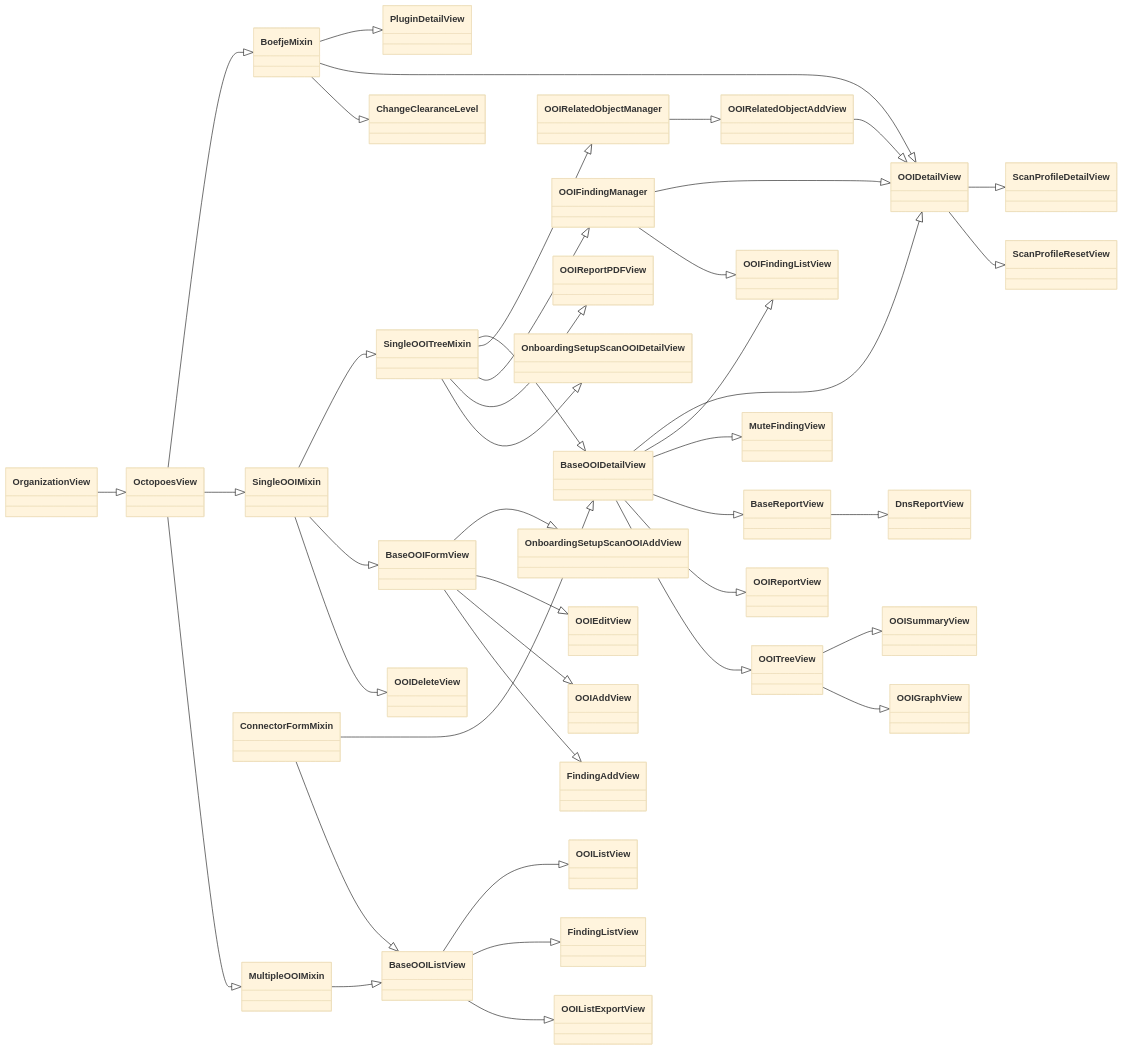
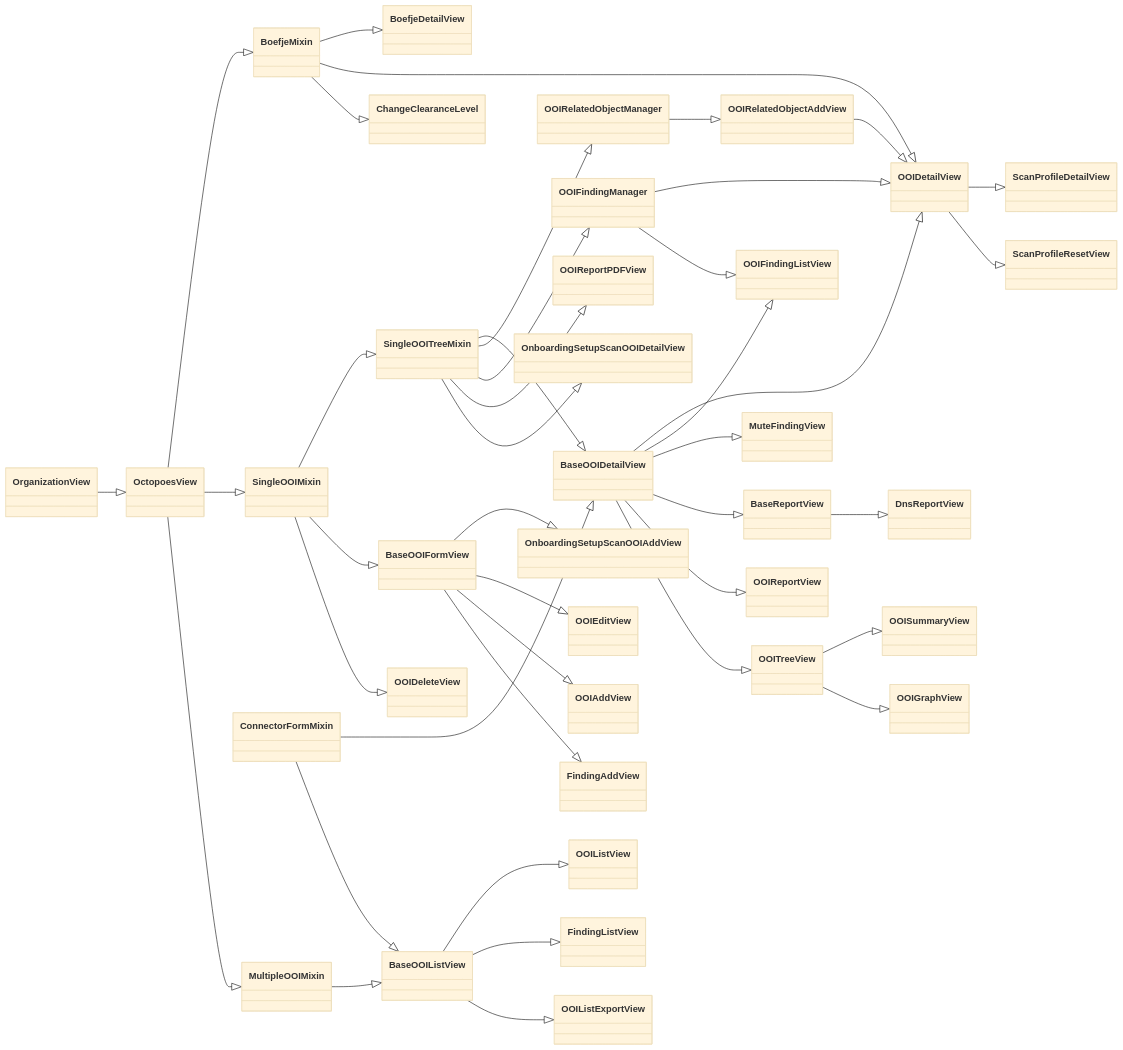
One commit to minvws/nl-kat-coordination changed the third of 4 diagrams in docs/source/developer_documentation/rocky.md. Above: the diagram before and after it, drawn with Mermaid (base theme). The commit also changed other lines of this file and 27 other files, not shown here.

Commit message:
Refactor plugin detail view structures to add normalizer detail view

````diff
--- a/docs/source/developer_documentation/rocky.md
+++ b/docs/source/developer_documentation/rocky.md
@@ -162,58 +162,58 @@
 ```{mermaid}
 classDiagram
 direction RL
     class OrganizationView
     class OctopoesView
     class BoefjeMixin
 
     OctopoesView <|-- OrganizationView
 
     BoefjeMixin <|-- OctopoesView
-    PluginDetailView <|-- BoefjeMixin
+    BoefjeDetailView <|-- BoefjeMixin
     OOIDetailView <|-- BoefjeMixin
     OOIDetailView <|-- OOIRelatedObjectAddView
     OOIDetailView <|-- OOIFindingManager
     ChangeClearanceLevel <|-- BoefjeMixin
 
     SingleOOIMixin <|-- OctopoesView
     SingleOOITreeMixin <|-- SingleOOIMixin
 
     BaseOOIDetailView <|-- SingleOOITreeMixin
     BaseOOIDetailView <|-- ConnectorFormMixin
     OOIDetailView <|-- BaseOOIDetailView
     OOIFindingListView <|-- OOIFindingManager
     OOIFindingListView <|-- BaseOOIDetailView
     MuteFindingView <|-- BaseOOIDetailView
     BaseReportView <|-- BaseOOIDetailView
     DnsReportView <|-- BaseReportView
 
     OOIReportView <|-- BaseOOIDetailView
     OOITreeView <|-- BaseOOIDetailView
     OOISummaryView <|-- OOITreeView
     OOIGraphView <|-- OOITreeView
 
     OOIRelatedObjectManager <|-- SingleOOITreeMixin
     OOIFindingManager <|-- SingleOOITreeMixin
     OOIRelatedObjectAddView <|-- OOIRelatedObjectManager
 
     OOIReportPDFView <|-- SingleOOITreeMixin
     OnboardingSetupScanOOIDetailView <|-- SingleOOITreeMixin
 
     BaseOOIFormView <|-- SingleOOIMixin
     OOIDeleteView <|-- SingleOOIMixin
 
     OnboardingSetupScanOOIAddView <|-- BaseOOIFormView
     OOIEditView <|-- BaseOOIFormView
     OOIAddView <|-- BaseOOIFormView
     FindingAddView <|-- BaseOOIFormView
 
     MultipleOOIMixin <|-- OctopoesView
     BaseOOIListView <|-- MultipleOOIMixin
     BaseOOIListView <|-- ConnectorFormMixin
     OOIListView <|-- BaseOOIListView
     FindingListView <|-- BaseOOIListView
     OOIListExportView <|-- BaseOOIListView
 
     ScanProfileDetailView <|-- OOIDetailView
     ScanProfileResetView <|-- OOIDetailView
 ```
````
